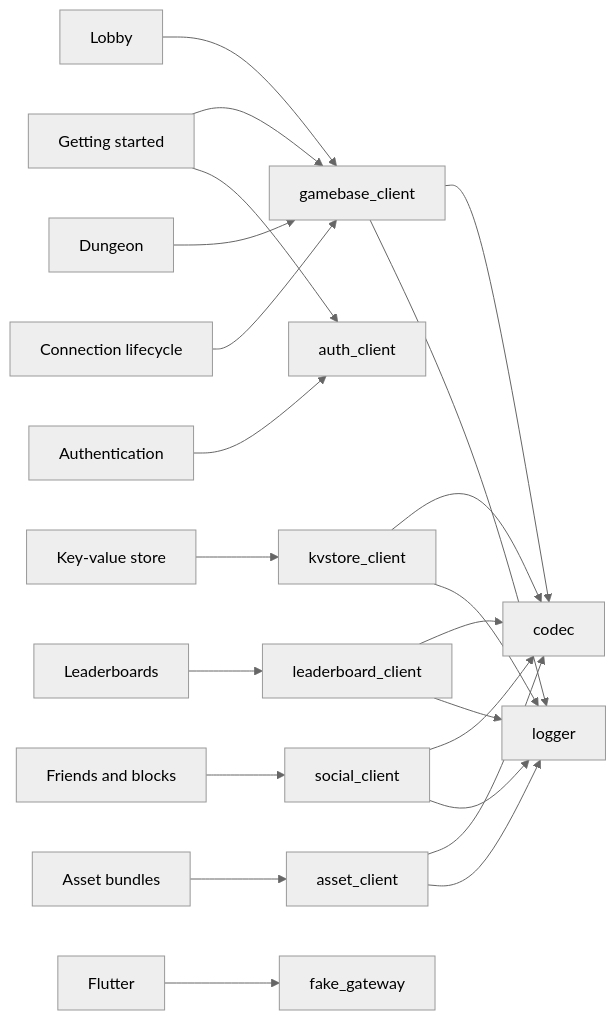
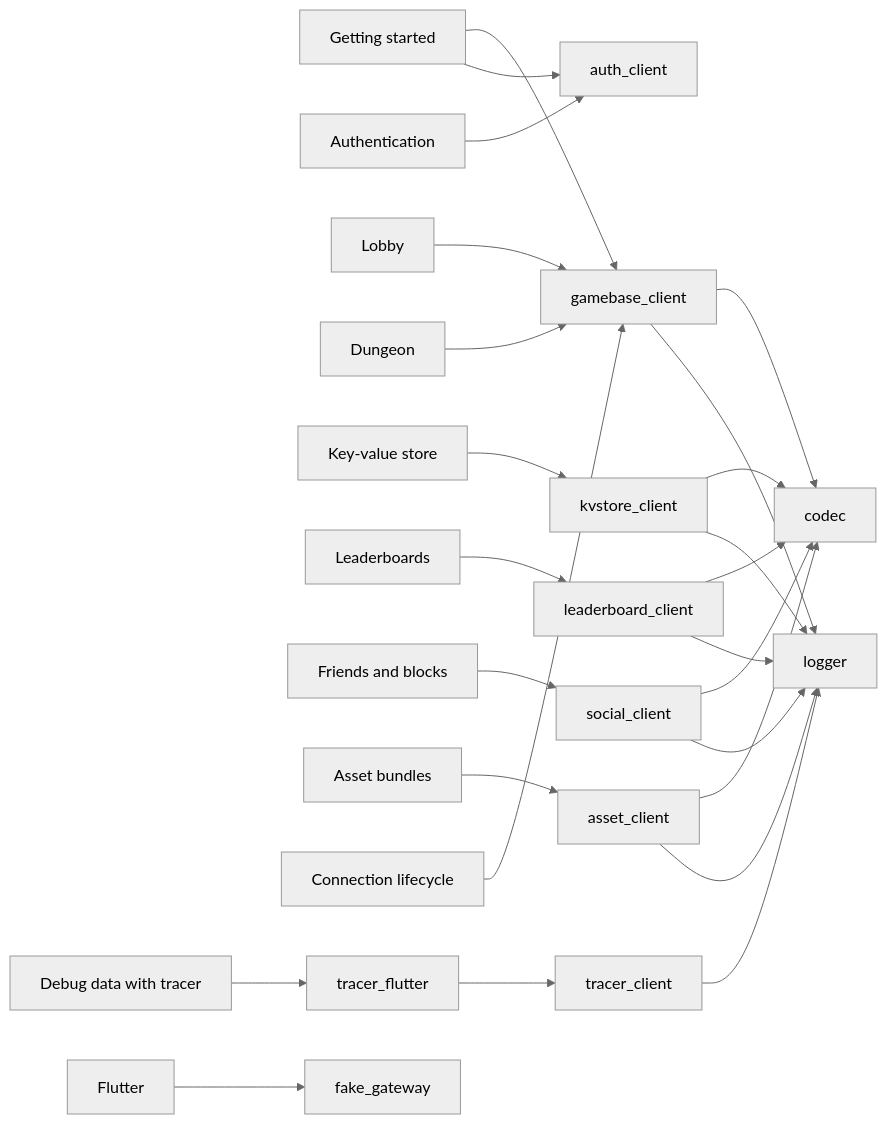
Before and after one commit to yingyeothon/flutterlib: the diagram in docs/README.md, drawn with Mermaid (neutral theme). The commit also changed other lines of this file and 48 other files, not shown here.

First line of the commit message:
Add the tracer client: pure-Dart core and the first Flutter package

````diff
--- a/docs/README.md
+++ b/docs/README.md
@@ -34,24 +35,27 @@
 ```mermaid
 flowchart LR
   gs["Getting started"] --> gc["gamebase_client"]
   gs --> ac["auth_client"]
   auth["Authentication"] --> ac
   lobby["Lobby"] --> gc
   dungeon["Dungeon"] --> gc
   kv["Key-value store"] --> kc["kvstore_client"]
   lb["Leaderboards"] --> lc["leaderboard_client"]
   social["Friends and blocks"] --> sc["social_client"]
   assets["Asset bundles"] --> asc["asset_client"]
   life["Connection lifecycle"] --> gc
   flutter["Flutter"] --> fg["fake_gateway"]
   gc --> codec["codec"]
   gc --> logger["logger"]
   kc --> codec
   kc --> logger
   lc --> codec
   lc --> logger
   sc --> codec
   sc --> logger
   asc --> codec
   asc --> logger
+  tracer["Debug data with tracer"] --> tf["tracer_flutter"]
+  tf --> tc["tracer_client"]
+  tc --> logger
 ```
````
